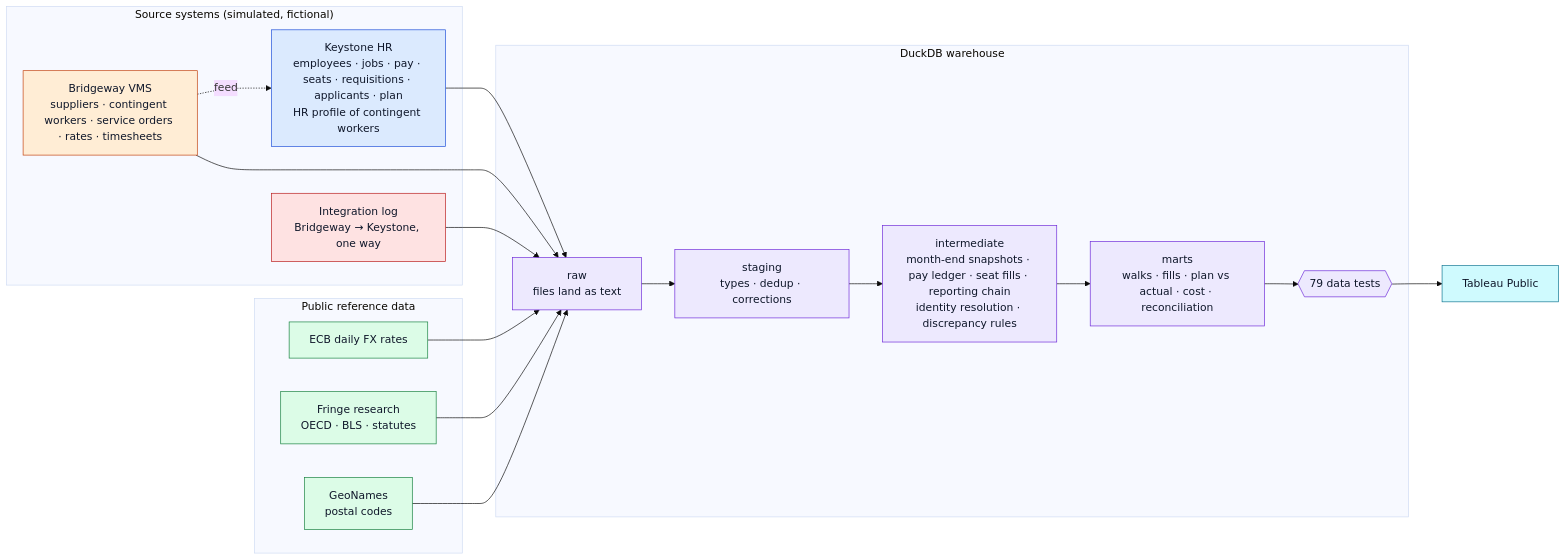
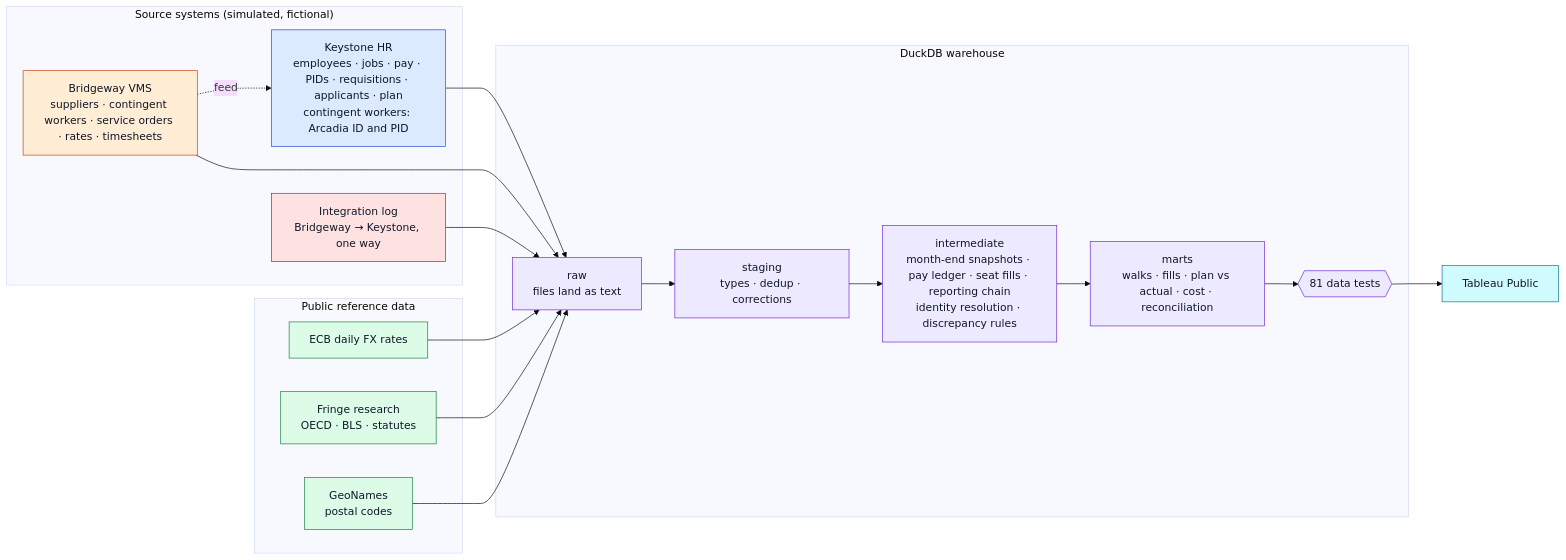
One commit to thialp/people-analytics-warehouse changed the third of 6 diagrams in README.md. Above: the diagram before and after it, drawn with Mermaid (base theme). The commit also changed other lines of this file and 52 other files, not shown here.

````diff
--- a/README.md
+++ b/README.md
@@ -148,42 +152,42 @@
 ```mermaid
 flowchart LR
     subgraph Sources["Source systems (simulated, fictional)"]
-        HR["Keystone HR<br/>employees · jobs · pay · seats · requisitions · applicants · plan<br/>HR profile of contingent workers"]
+        HR["Keystone HR<br/>employees · jobs · pay · PIDs · requisitions · applicants · plan<br/>contingent workers: Arcadia ID and PID"]
         VMS["Bridgeway VMS<br/>suppliers · contingent workers · service orders · rates · timesheets"]
         FEED["Integration log<br/>Bridgeway → Keystone, one way"]
     end
     subgraph Public["Public reference data"]
         ECB["ECB daily FX rates"]
         FRG["Fringe research<br/>OECD · BLS · statutes"]
         GEO["GeoNames<br/>postal codes"]
     end
     subgraph WH["DuckDB warehouse"]
         RAW["raw<br/>files land as text"]
         STG["staging<br/>types · dedup · corrections"]
         INT["intermediate<br/>month-end snapshots · pay ledger · seat fills · reporting chain<br/>identity resolution · discrepancy rules"]
         MART["marts<br/>walks · fills · plan vs actual · cost · reconciliation"]
-        TEST{{"79 data tests"}}
+        TEST{{"81 data tests"}}
     end
     TAB["Tableau Public"]
     VMS -. feed .-> HR
     HR --> RAW
     VMS --> RAW
     FEED --> RAW
     ECB --> RAW
     FRG --> RAW
     GEO --> RAW
     RAW --> STG --> INT --> MART --> TEST --> TAB
 
     classDef hr fill:#dbeafe,stroke:#1d4ed8,color:#0f172a
     classDef vms fill:#ffedd5,stroke:#c2410c,color:#0f172a
     classDef feed fill:#fee2e2,stroke:#b91c1c,color:#0f172a
     classDef pub fill:#dcfce7,stroke:#15803d,color:#0f172a
     classDef wh fill:#ede9fe,stroke:#6d28d9,color:#0f172a
     classDef dash fill:#cffafe,stroke:#0e7490,color:#0f172a
     class HR hr
     class VMS vms
     class FEED feed
     class ECB,FRG,GEO pub
     class RAW,STG,INT,MART,TEST wh
     class TAB dash
 ```
````
